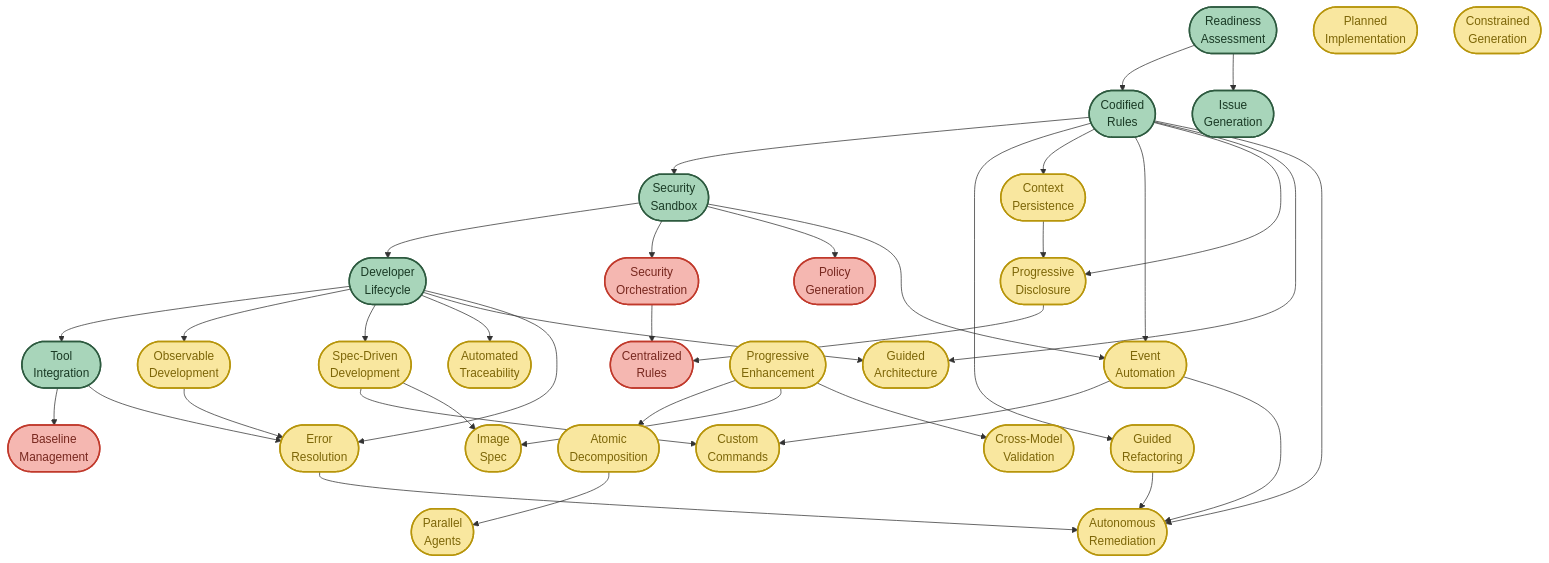
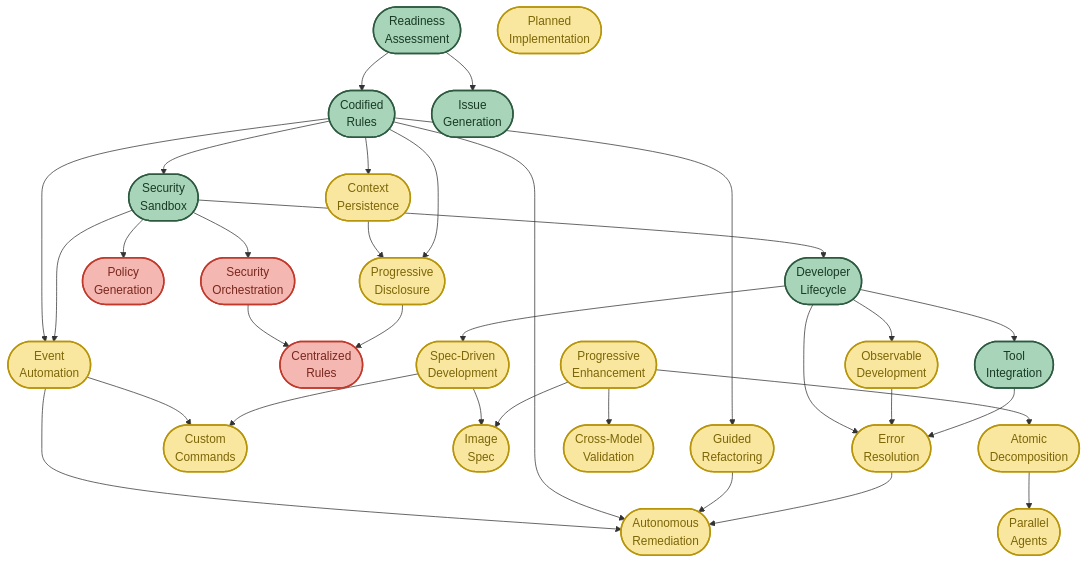
Before and after one commit to PaulDuvall/ai-development-patterns: the first of 16 diagrams in README.md, drawn with Mermaid. The commit also changed other lines of this file and 10 other files, not shown here.

````diff
--- a/README.md
+++ b/README.md
@@ -20,7 +20,6 @@
     DL --> TI([Tool<br/>Integration])
 
     %% ROW 2: Operations & branches (loops back)
-    TI --> BM([Baseline<br/>Management])
     SS --> SO([Security<br/>Orchestration])
     SS --> PG([Policy<br/>Generation])
     SO --> CZR([Centralized<br/>Rules])
@@ -28,7 +27,6 @@
     %% ROW 3: Development patterns (flows forward again)
     DL --> OD([Observable<br/>Development])
     DL --> SD([Spec-Driven<br/>Development])
-    DL --> AT([Automated<br/>Traceability])
     CR --> GR([Guided<br/>Refactoring])
     CR --> CP([Context<br/>Persistence])
     RA --> IG([Issue<br/>Generation])
@@ -48,8 +46,6 @@
 
     %% ROW 5: Additional development patterns
     PE --> CMV([Cross-Model<br/>Validation])
-    DL --> GA([Guided<br/>Architecture])
-    CR --> GA
     DL --> ER([Error<br/>Resolution])
     OD --> ER
     TI --> ER
@@ -58,7 +54,6 @@
     GR --> AR
     ER --> AR
     PI([Planned<br/>Implementation])
-    CnG([Constrained<br/>Generation])
 
     %% STYLING
     classDef foundation fill:#a8d5ba,stroke:#2d5a3f,stroke-width:2px,color:#1a3a25
@@ -66,8 +61,8 @@
     classDef operations fill:#f5b7b1,stroke:#c0392b,stroke-width:2px,color:#78281f
 
     class RA,CR,SS,DL,TI,IG foundation
-    class PE,SD,AD,PA,OD,GR,AT,EA,CC,PD,IS,CP,CMV,GA,ER,PI,CnG,AR development
-    class PG,SO,BM,CZR operations
+    class PE,SD,AD,PA,OD,GR,EA,CC,PD,IS,CP,CMV,ER,PI,AR development
+    class PG,SO,CZR operations
 
     %% CLICKABLE LINKS
     click RA "https://github.com/PaulDuvall/ai-development-patterns#readiness-assessment"
@@ -83,7 +78,6 @@
     click PA "https://github.com/PaulDuvall/ai-development-patterns#parallel-agents"
     click OD "https://github.com/PaulDuvall/ai-development-patterns#observable-development"
     click GR "https://github.com/PaulDuvall/ai-development-patterns#guided-refactoring"
-    click AT "https://github.com/PaulDuvall/ai-development-patterns#automated-traceability"
     click EA "https://github.com/PaulDuvall/ai-development-patterns#event-automation"
     click CC "https://github.com/PaulDuvall/ai-development-patterns#custom-commands"
     click PD "https://github.com/PaulDuvall/ai-development-patterns#progressive-disclosure"
@@ -93,9 +87,6 @@
     click CZR "https://github.com/PaulDuvall/ai-development-patterns#centralized-rules"
     click PI "https://github.com/PaulDuvall/ai-development-patterns#planned-implementation"
     click CMV "https://github.com/PaulDuvall/ai-development-patterns#cross-model-validation"
-    click CnG "https://github.com/PaulDuvall/ai-development-patterns#constrained-generation"
     click ER "https://github.com/PaulDuvall/ai-development-patterns#error-resolution"
-    click GA "https://github.com/PaulDuvall/ai-development-patterns#guided-architecture"
-    click BM "https://github.com/PaulDuvall/ai-development-patterns#baseline-management"
     click AR "https://github.com/PaulDuvall/ai-development-patterns#autonomous-remediation"
 ```
````
